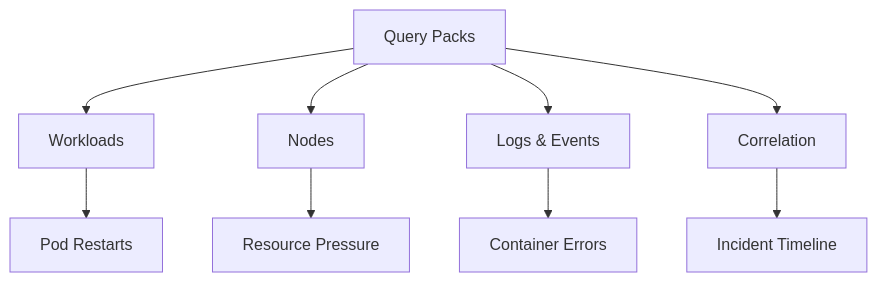
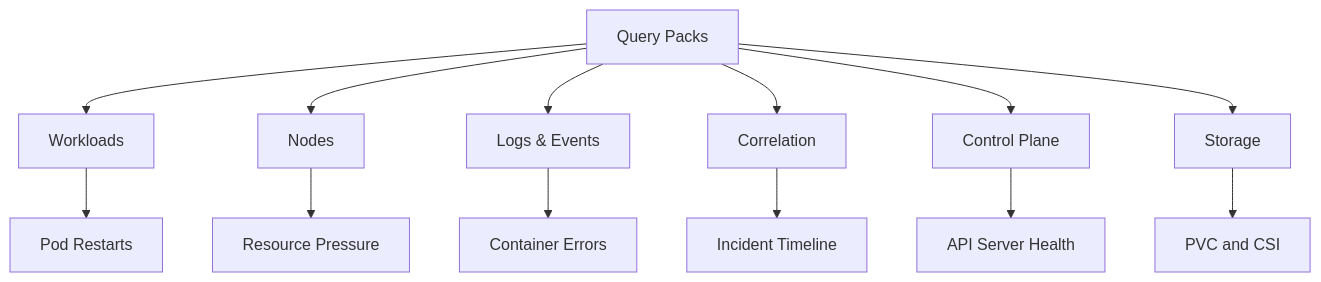
Before and after one commit to yeongseon/azure-kubernetes-service-practical-guide: the diagram in docs/troubleshooting/kql/index.md, drawn with Mermaid. The commit also changed other lines of this file and 17 other files, not shown here.

Commit message:
docs: add AKS control-plane observability — diagnostic settings, managed Prometheus, KQL pack, alerts, runbooks (#9) (#62)

````diff
--- a/docs/troubleshooting/kql/index.md
+++ b/docs/troubleshooting/kql/index.md
@@ -17,11 +17,15 @@
 ```mermaid
 flowchart TD
     QP[Query Packs] --> WL[Workloads]
     QP --> ND[Nodes]
     QP --> LE[Logs & Events]
     QP --> CR[Correlation]
+    QP --> CP[Control Plane]
+    QP --> ST[Storage]
     WL --> PR[Pod Restarts]
     ND --> RP[Resource Pressure]
     LE --> CE[Container Errors]
     CR --> IT[Incident Timeline]
+    CP --> AP[API Server Health]
+    ST --> PV[PVC and CSI]
 ```
````
